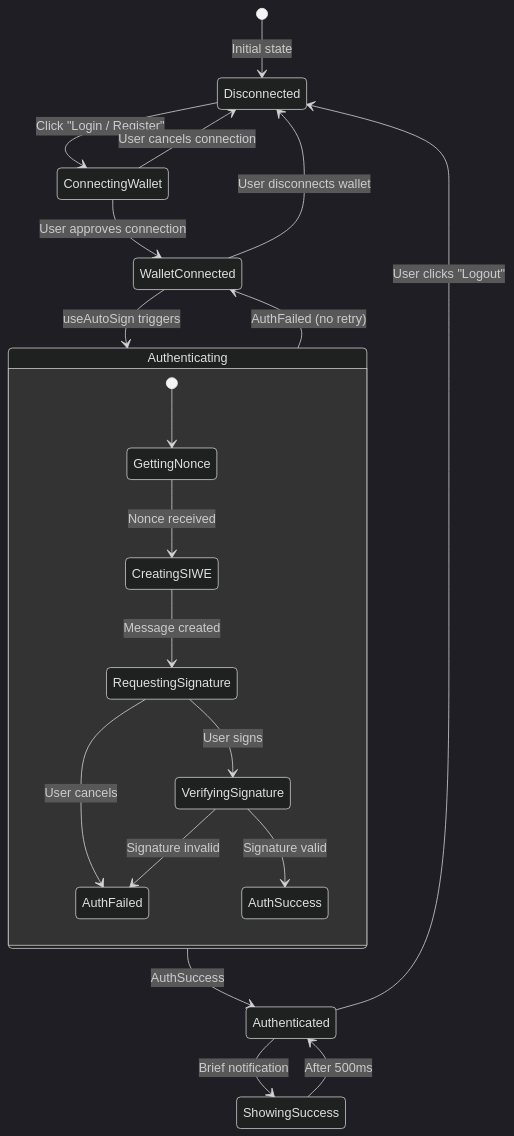
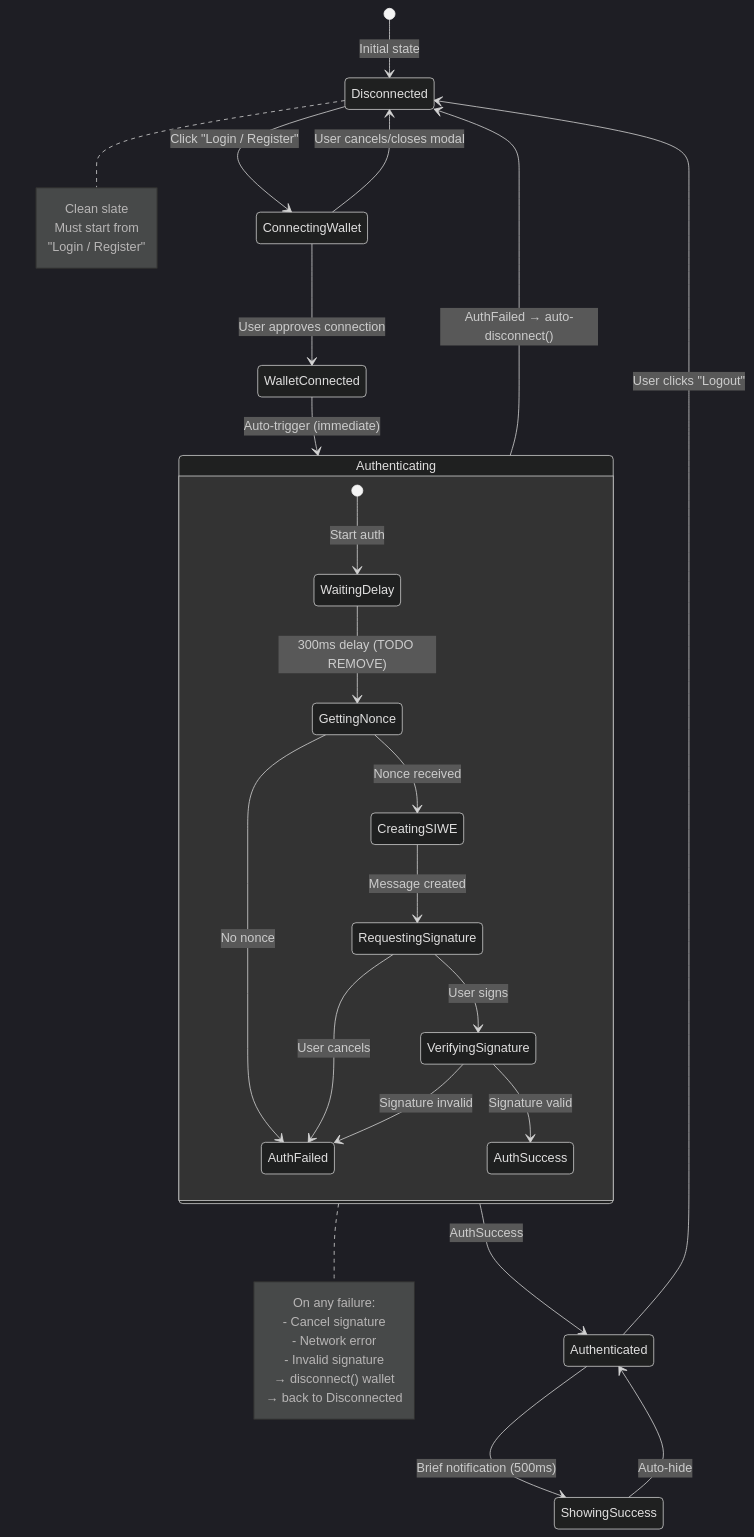
Before and after one commit to Gigentic/gigentic-escrow-minipay: the third of 3 diagrams in docs/AUTH_FLOW_V2.md, drawn with Mermaid (dark theme).

Commit message:
Refine AUTH_FLOW_V2 documentation to clarify user interactions during authentication.

````diff
--- a/docs/AUTH_FLOW_V2.md
+++ b/docs/AUTH_FLOW_V2.md
@@ -111,29 +111,45 @@
 ```mermaid
 stateDiagram-v2
     [*] --> Disconnected: Initial state
 
     Disconnected --> ConnectingWallet: Click "Login / Register"
     ConnectingWallet --> WalletConnected: User approves connection
-    ConnectingWallet --> Disconnected: User cancels connection
+    ConnectingWallet --> Disconnected: User cancels/closes modal
 
-    WalletConnected --> Authenticating: useAutoSign triggers
+    WalletConnected --> Authenticating: Auto-trigger (immediate)
 
     state Authenticating {
-        [*] --> GettingNonce
+        [*] --> WaitingDelay: Start auth
+        WaitingDelay --> GettingNonce: 300ms delay (TODO REMOVE)
         GettingNonce --> CreatingSIWE: Nonce received
+        GettingNonce --> AuthFailed: No nonce
         CreatingSIWE --> RequestingSignature: Message created
         RequestingSignature --> VerifyingSignature: User signs
         RequestingSignature --> AuthFailed: User cancels
         VerifyingSignature --> AuthSuccess: Signature valid
         VerifyingSignature --> AuthFailed: Signature invalid
     }
 
     Authenticating --> Authenticated: AuthSuccess
-    Authenticating --> WalletConnected: AuthFailed (no retry)
+    Authenticating --> Disconnected: AuthFailed → auto-disconnect()
 
-    Authenticated --> ShowingSuccess: Brief notification
-    ShowingSuccess --> Authenticated: After 500ms
+    Authenticated --> ShowingSuccess: Brief notification (500ms)
+    ShowingSuccess --> Authenticated: Auto-hide
 
     Authenticated --> Disconnected: User clicks "Logout"
-    WalletConnected --> Disconnected: User disconnects wallet
+
+    note right of Disconnected
+        Clean slate
+        Must start from
+        "Login / Register"
+    end note
+
+    note right of Authenticating
+        On any failure:
+        - Cancel signature
+        - Network error
+        - Invalid signature
+        → disconnect() wallet
+        → back to Disconnected
+    end note
 ```
````
